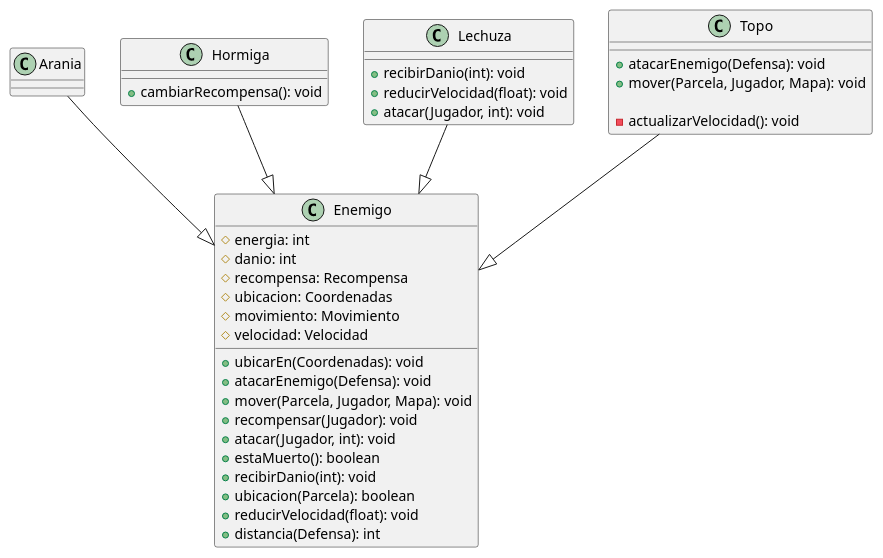
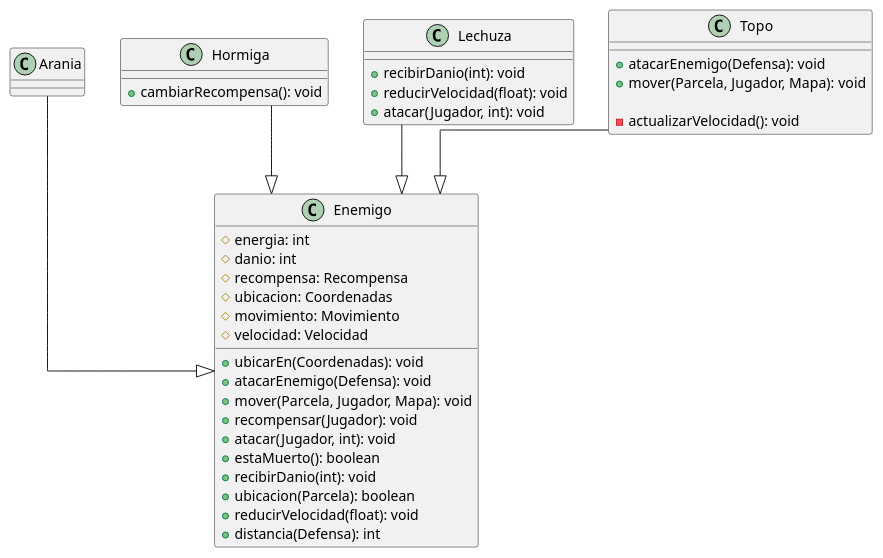
The diagram in diagrams/classes/enemigo.puml (franzimbi/algo3_tp2), drawn with PlantUML before and after one commit. The commit also changed 9 other files, not shown here.

Commit message:
actualizacion diagramas de clases

```diff
--- a/diagrams/classes/enemigo.puml
+++ b/diagrams/classes/enemigo.puml
@@ -1,44 +1,45 @@
 @startuml
-
+top to bottom direction
+skinparam linetype ortho
 
 class Arania {
 }
 class Enemigo {
   # energia: int
   # danio: int
   # recompensa: Recompensa
   # ubicacion: Coordenadas
   # movimiento: Movimiento
   # velocidad: Velocidad
 
   + ubicarEn(Coordenadas): void
   + atacarEnemigo(Defensa): void
   + mover(Parcela, Jugador, Mapa): void
   + recompensar(Jugador): void
   + atacar(Jugador, int): void
   + estaMuerto(): boolean
   + recibirDanio(int): void
   + ubicacion(Parcela): boolean
   + reducirVelocidad(float): void
   + distancia(Defensa): int
 }
 class Hormiga {
   + cambiarRecompensa(): void
 }
 class Lechuza {
   + recibirDanio(int): void
   + reducirVelocidad(float): void
   + atacar(Jugador, int): void
 }
 class Topo {
   + atacarEnemigo(Defensa): void
   + mover(Parcela, Jugador, Mapa): void
 
   - actualizarVelocidad(): void
 }
 
 Arania   --|>  Enemigo
 Hormiga  --|>  Enemigo
 Lechuza  --|>  Enemigo
 Topo     --|>  Enemigo
 @enduml
```
